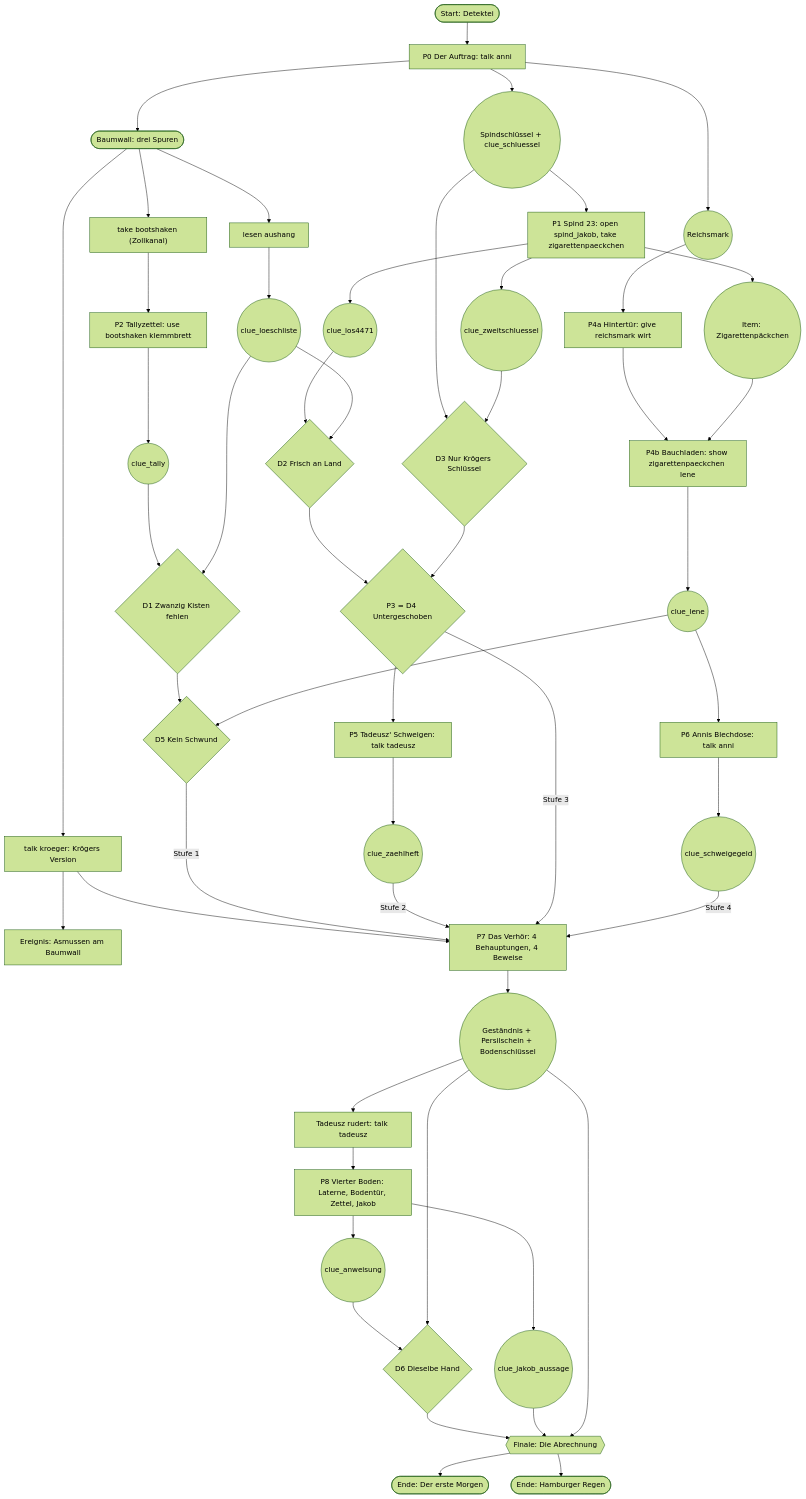
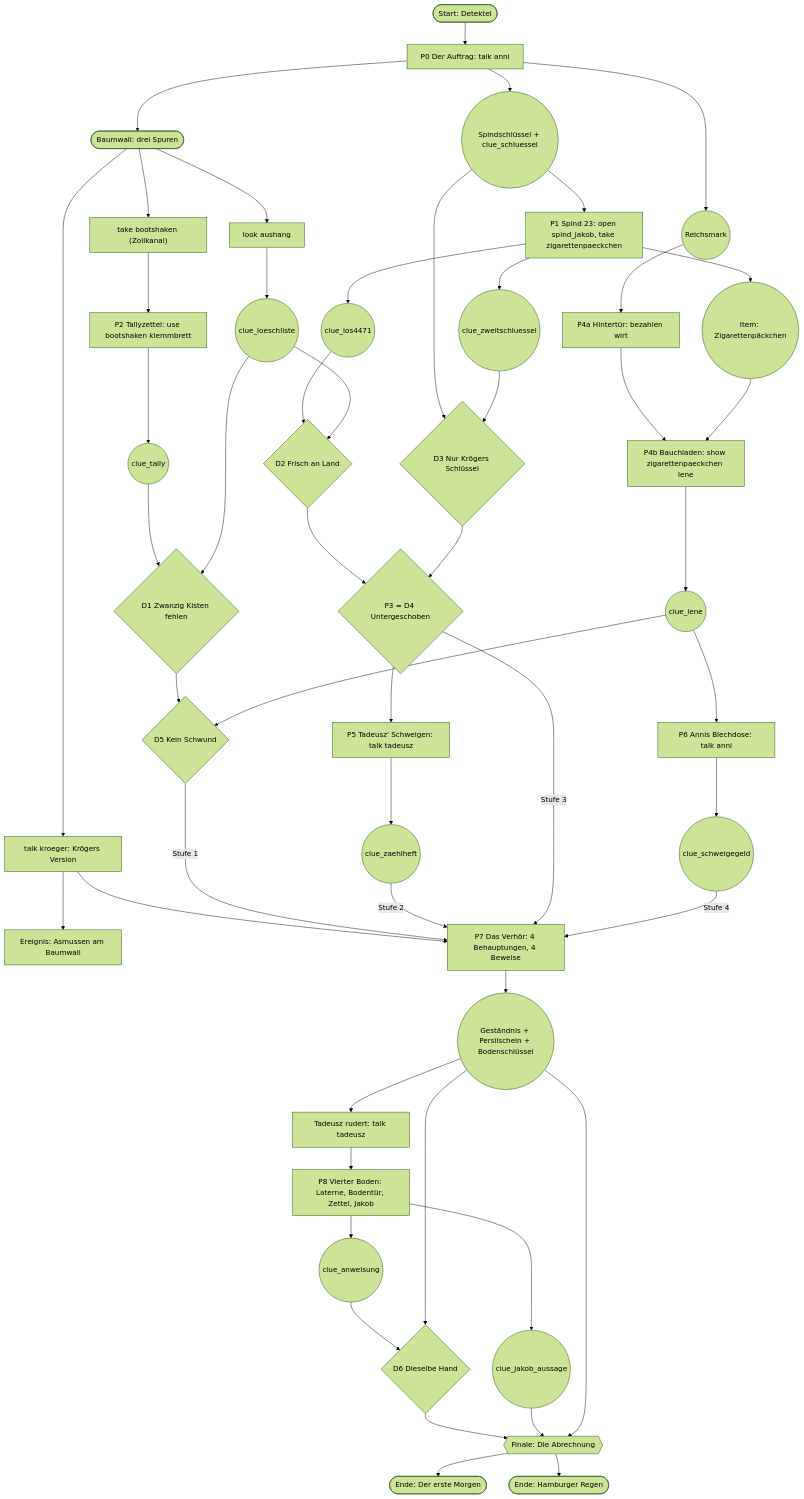
The diagram in packs/letzte-nacht-der-reichsmark/design/puzzles.md (nullthrone/lexvm), drawn with Mermaid (forest theme) before and after one commit. The commit also changed other lines of this file and 43 other files, not shown here.

````diff
--- a/packs/letzte-nacht-der-reichsmark/design/puzzles.md
+++ b/packs/letzte-nacht-der-reichsmark/design/puzzles.md
@@ -10,53 +18,53 @@
 ```mermaid
 flowchart TD
   start(["Start: Detektei"]) --> p0["P0 Der Auftrag: talk anni"]
   p0 --> key(("Spindschlüssel + clue_schluessel"))
   p0 --> rm(("Reichsmark"))
   p0 --> hub(["Baumwall: drei Spuren"])
-  hub --> aus["lesen aushang"]
+  hub --> aus["look aushang"]
   aus --> loe(("clue_loeschliste"))
   key --> p1["P1 Spind 23: open spind_jakob, take zigarettenpaeckchen"]
   p1 --> zw(("clue_zweitschluessel"))
   p1 --> los(("clue_los4471"))
   p1 --> pack(("Item: Zigarettenpäckchen"))
   los --> d2{"D2 Frisch an Land"}
   loe --> d2
   key --> d3{"D3 Nur Krögers Schlüssel"}
   zw --> d3
   d2 --> p3{"P3 = D4 Untergeschoben"}
   d3 --> p3
   p3 --> p5["P5 Tadeusz' Schweigen: talk tadeusz"]
   p5 --> heft(("clue_zaehlheft"))
   hub --> haken["take bootshaken (Zollkanal)"]
   haken --> p2["P2 Tallyzettel: use bootshaken klemmbrett"]
   p2 --> tally(("clue_tally"))
   tally --> d1{"D1 Zwanzig Kisten fehlen"}
   loe --> d1
-  rm --> p4a["P4a Hintertür: give reichsmark wirt"]
+  rm --> p4a["P4a Hintertür: bezahlen wirt"]
   p4a --> p4b["P4b Bauchladen: show zigarettenpaeckchen lene"]
   pack --> p4b
   p4b --> lene(("clue_lene"))
   d1 --> d5{"D5 Kein Schwund"}
   lene --> d5
   lene --> p6["P6 Annis Blechdose: talk anni"]
   p6 --> geld(("clue_schweigegeld"))
   hub --> k0["talk kroeger: Krögers Version"]
   k0 --> amb["Ereignis: Asmussen am Baumwall"]
   k0 --> p7
   d5 -->|"Stufe 1"| p7["P7 Das Verhör: 4 Behauptungen, 4 Beweise"]
   heft -->|"Stufe 2"| p7
   p3 -->|"Stufe 3"| p7
   geld -->|"Stufe 4"| p7
   p7 --> gest(("Geständnis + Persilschein + Bodenschlüssel"))
   gest --> row["Tadeusz rudert: talk tadeusz"]
   row --> p8["P8 Vierter Boden: Laterne, Bodentür, Zettel, Jakob"]
   p8 --> anw(("clue_anweisung"))
   p8 --> ja(("clue_jakob_aussage"))
   anw --> d6{"D6 Dieselbe Hand"}
   gest --> d6
   d6 --> fin{{"Finale: Die Abrechnung"}}
   ja --> fin
   gest --> fin
   fin --> e1(["Ende: Der erste Morgen"])
   fin --> e2(["Ende: Hamburger Regen"])
 ```
````
